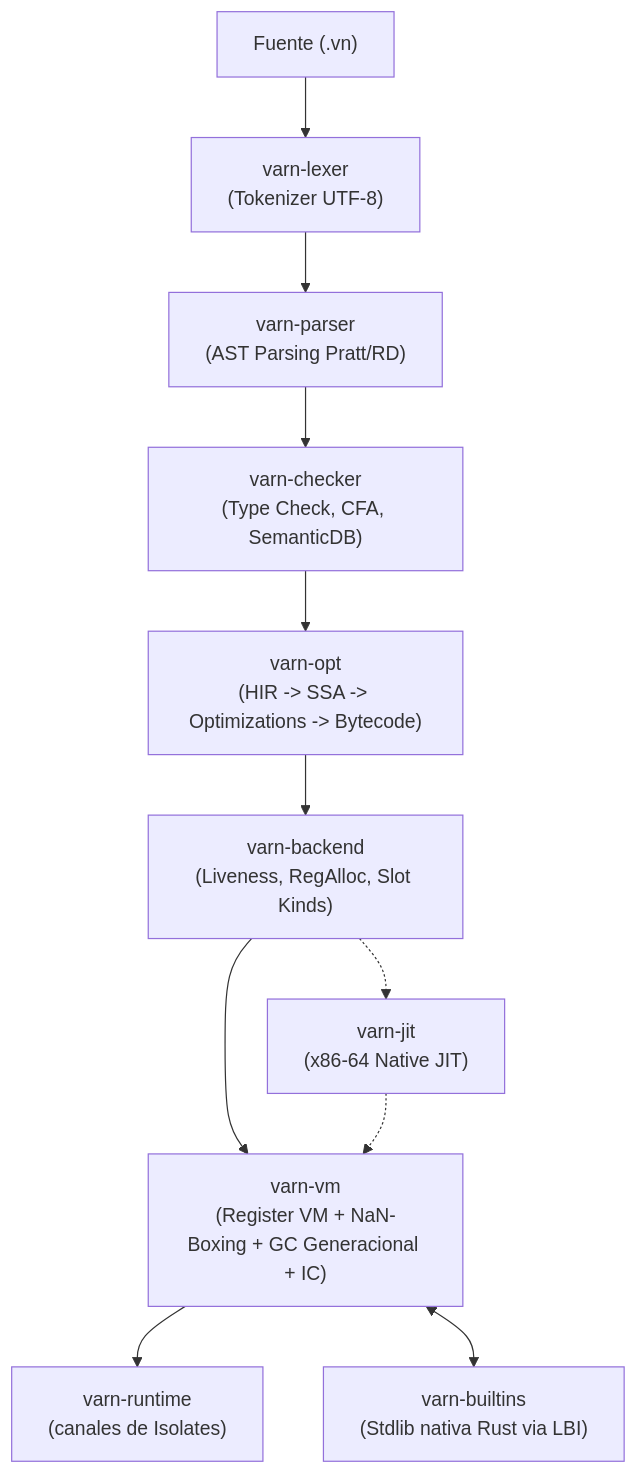
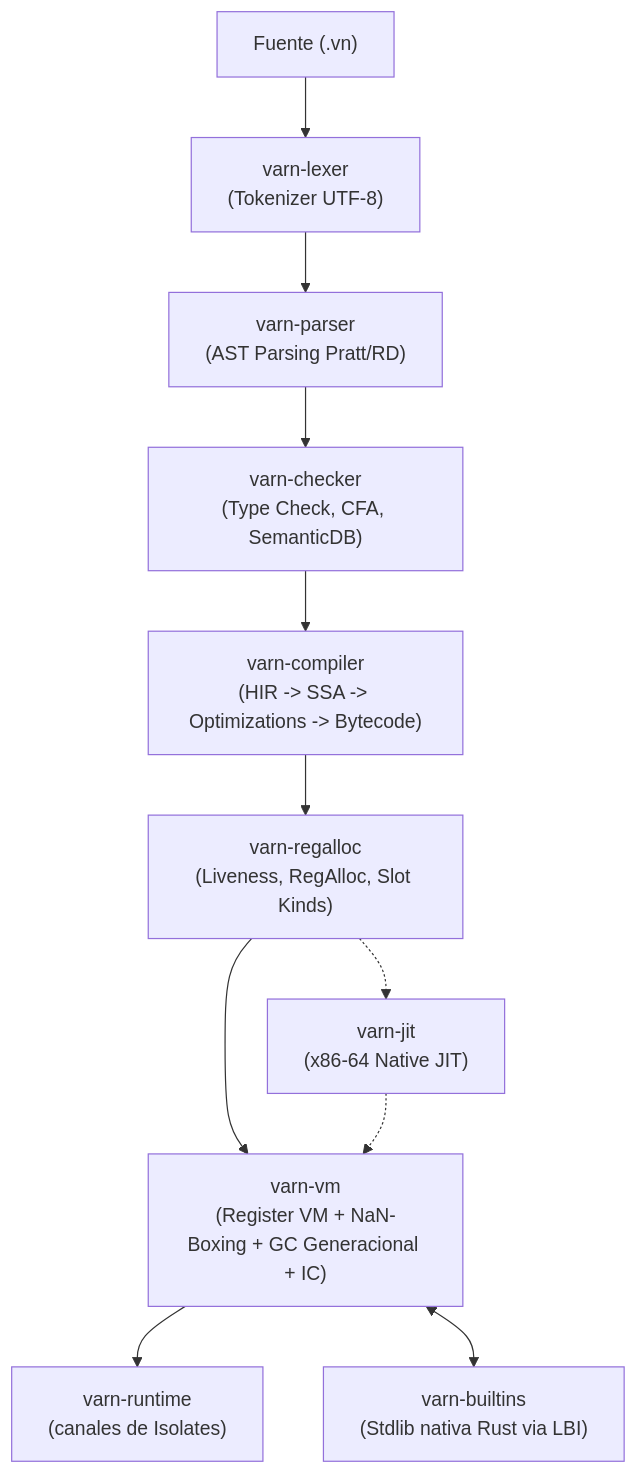
The diagram in README.md (carlos-burelo/varn), drawn with Mermaid before and after one commit. The commit also changed other lines of this file and 65 other files, not shown here.

````diff
--- a/README.md
+++ b/README.md
@@ -47,13 +47,13 @@
 ```mermaid
 flowchart TD
     A["Fuente (.vn)"] --> B["varn-lexer\n(Tokenizer UTF-8)"]
     B --> C["varn-parser\n(AST Parsing Pratt/RD)"]
     C --> D["varn-checker\n(Type Check, CFA, SemanticDB)"]
-    D --> E["varn-opt\n(HIR -> SSA -> Optimizations -> Bytecode)"]
-    E --> F["varn-backend\n(Liveness, RegAlloc, Slot Kinds)"]
+    D --> E["varn-compiler\n(HIR -> SSA -> Optimizations -> Bytecode)"]
+    E --> F["varn-regalloc\n(Liveness, RegAlloc, Slot Kinds)"]
     F --> G["varn-vm\n(Register VM + NaN-Boxing + GC Generacional + IC)"]
     F -.-> H["varn-jit\n(x86-64 Native JIT)"]
     H -.-> G
     G --> I["varn-runtime\n(canales de Isolates)"]
     G <--> J["varn-builtins\n(Stdlib nativa Rust via LBI)"]
 ```
````
